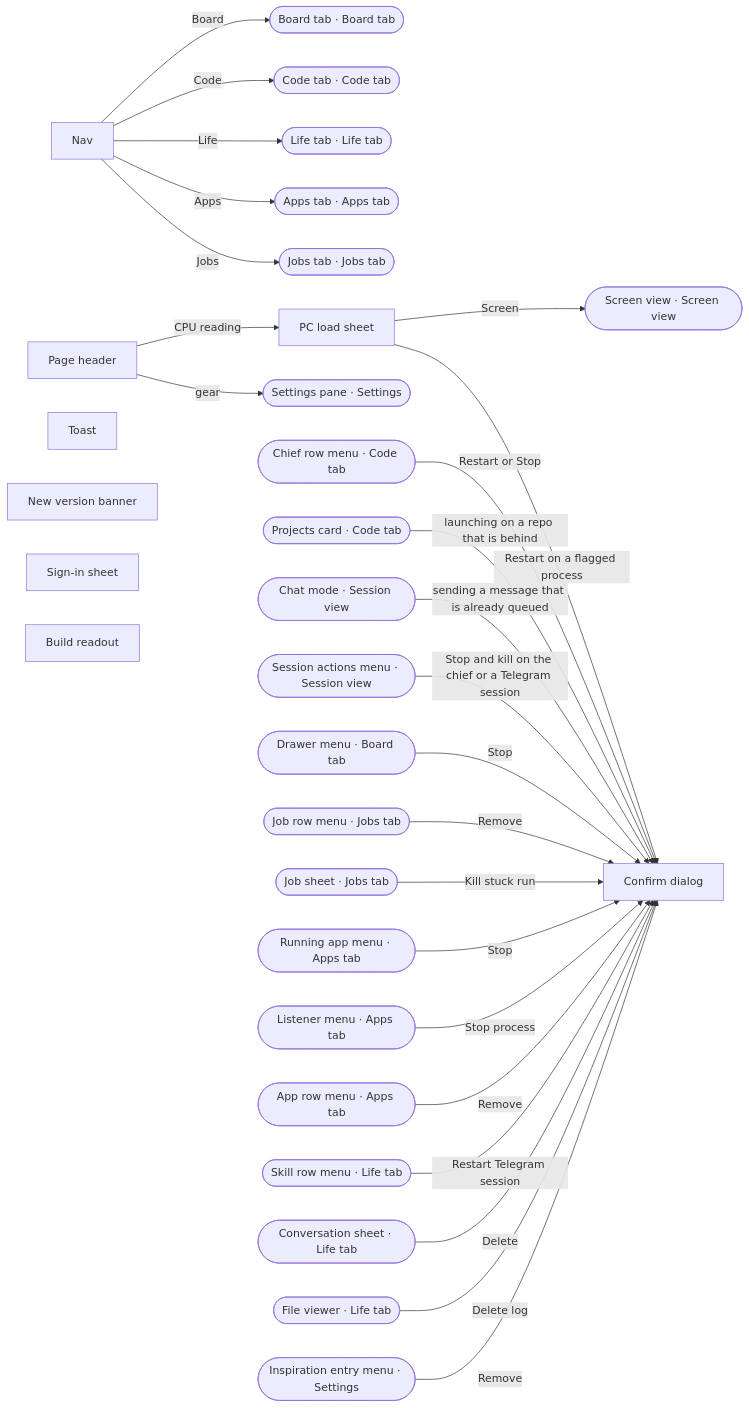
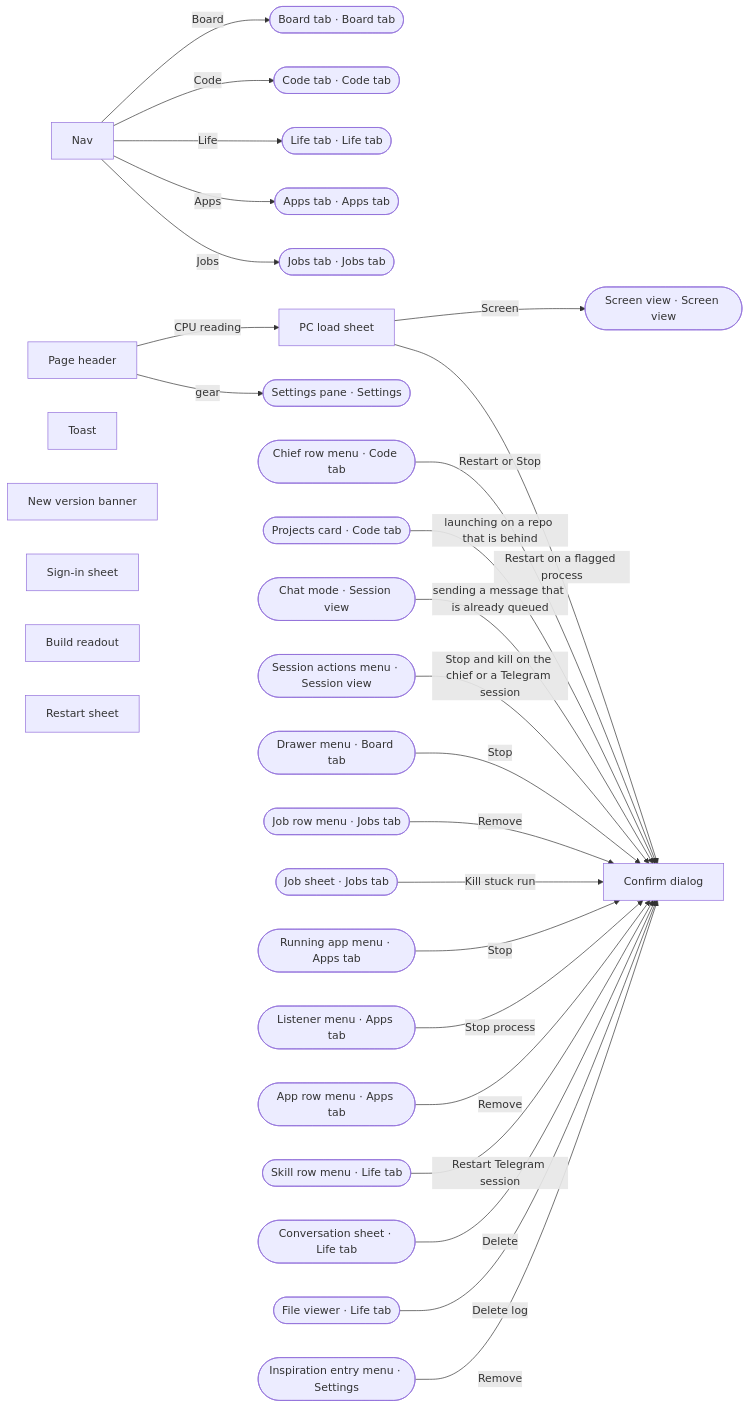
The first of 10 diagrams in docs/ux-surface-map.md (ferraroroberto/app-launcher), drawn with Mermaid before and after one commit. The commit also changed other lines of this file and 48 other files, not shown here.

First line of the commit message:
feat: restart the app and the session-host from the build readout (#2529)

````diff
--- a/docs/ux-surface-map.md
+++ b/docs/ux-surface-map.md
@@ -52,55 +52,56 @@
 ```mermaid
 flowchart LR
   s0["Nav"]
   s1["Page header"]
   s2["PC load sheet"]
   s3["Confirm dialog"]
   s4["Toast"]
   s5["New version banner"]
   s6["Sign-in sheet"]
   s7["Build readout"]
-  s48(["Board tab · Board tab"])
-  s8(["Code tab · Code tab"])
-  s89(["Life tab · Life tab"])
-  s76(["Apps tab · Apps tab"])
-  s65(["Jobs tab · Jobs tab"])
-  s103(["Settings pane · Settings"])
-  s43(["Screen view · Screen view"])
-  s15(["Chief row menu · Code tab"])
-  s17(["Projects card · Code tab"])
-  s27(["Chat mode · Session view"])
-  s28(["Session actions menu · Session view"])
-  s64(["Drawer menu · Board tab"])
-  s71(["Job row menu · Jobs tab"])
-  s73(["Job sheet · Jobs tab"])
-  s78(["Running app menu · Apps tab"])
-  s81(["Listener menu · Apps tab"])
-  s83(["App row menu · Apps tab"])
-  s92(["Skill row menu · Life tab"])
-  s96(["Conversation sheet · Life tab"])
-  s101(["File viewer · Life tab"])
-  s116(["Inspiration entry menu · Settings"])
-  s0 -->|"Board"| s48
-  s0 -->|"Code"| s8
-  s0 -->|"Life"| s89
-  s0 -->|"Apps"| s76
-  s0 -->|"Jobs"| s65
+  s8["Restart sheet"]
+  s49(["Board tab · Board tab"])
+  s9(["Code tab · Code tab"])
+  s90(["Life tab · Life tab"])
+  s77(["Apps tab · Apps tab"])
+  s66(["Jobs tab · Jobs tab"])
+  s104(["Settings pane · Settings"])
+  s44(["Screen view · Screen view"])
+  s16(["Chief row menu · Code tab"])
+  s18(["Projects card · Code tab"])
+  s28(["Chat mode · Session view"])
+  s29(["Session actions menu · Session view"])
+  s65(["Drawer menu · Board tab"])
+  s72(["Job row menu · Jobs tab"])
+  s74(["Job sheet · Jobs tab"])
+  s79(["Running app menu · Apps tab"])
+  s82(["Listener menu · Apps tab"])
+  s84(["App row menu · Apps tab"])
+  s93(["Skill row menu · Life tab"])
+  s97(["Conversation sheet · Life tab"])
+  s102(["File viewer · Life tab"])
+  s117(["Inspiration entry menu · Settings"])
+  s0 -->|"Board"| s49
+  s0 -->|"Code"| s9
+  s0 -->|"Life"| s90
+  s0 -->|"Apps"| s77
+  s0 -->|"Jobs"| s66
   s1 -->|"CPU reading"| s2
-  s1 -->|"gear"| s103
-  s2 -->|"Screen"| s43
+  s1 -->|"gear"| s104
+  s2 -->|"Screen"| s44
   s2 -->|"Restart on a flagged process"| s3
-  s15 -->|"Restart or Stop"| s3
-  s17 -->|"launching on a repo that is behind"| s3
-  s27 -->|"sending a message that is already queued"| s3
-  s28 -->|"Stop and kill on the chief or a Telegram session"| s3
-  s64 -->|"Stop"| s3
-  s71 -->|"Remove"| s3
-  s73 -->|"Kill stuck run"| s3
-  s78 -->|"Stop"| s3
-  s81 -->|"Stop process"| s3
-  s83 -->|"Remove"| s3
-  s92 -->|"Restart Telegram session"| s3
-  s96 -->|"Delete"| s3
-  s101 -->|"Delete log"| s3
-  s116 -->|"Remove"| s3
+  s16 -->|"Restart or Stop"| s3
+  s18 -->|"launching on a repo that is behind"| s3
+  s28 -->|"sending a message that is already queued"| s3
+  s29 -->|"Stop and kill on the chief or a Telegram session"| s3
+  s65 -->|"Stop"| s3
+  s72 -->|"Remove"| s3
+  s74 -->|"Kill stuck run"| s3
+  s79 -->|"Stop"| s3
+  s82 -->|"Stop process"| s3
+  s84 -->|"Remove"| s3
+  s93 -->|"Restart Telegram session"| s3
+  s97 -->|"Delete"| s3
+  s102 -->|"Delete log"| s3
+  s117 -->|"Remove"| s3
 ```
````
